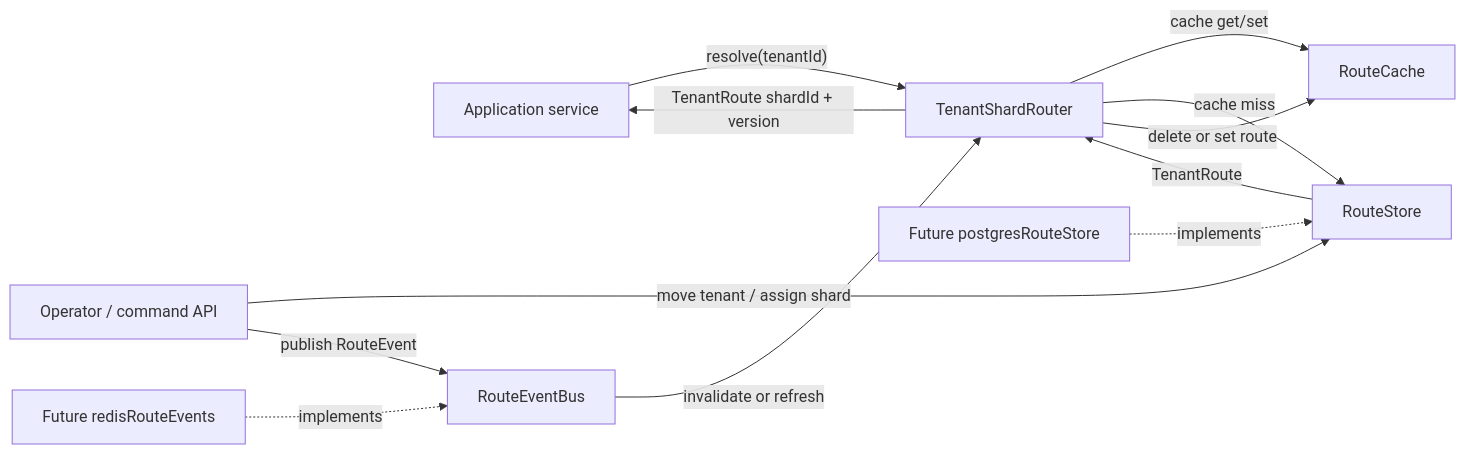
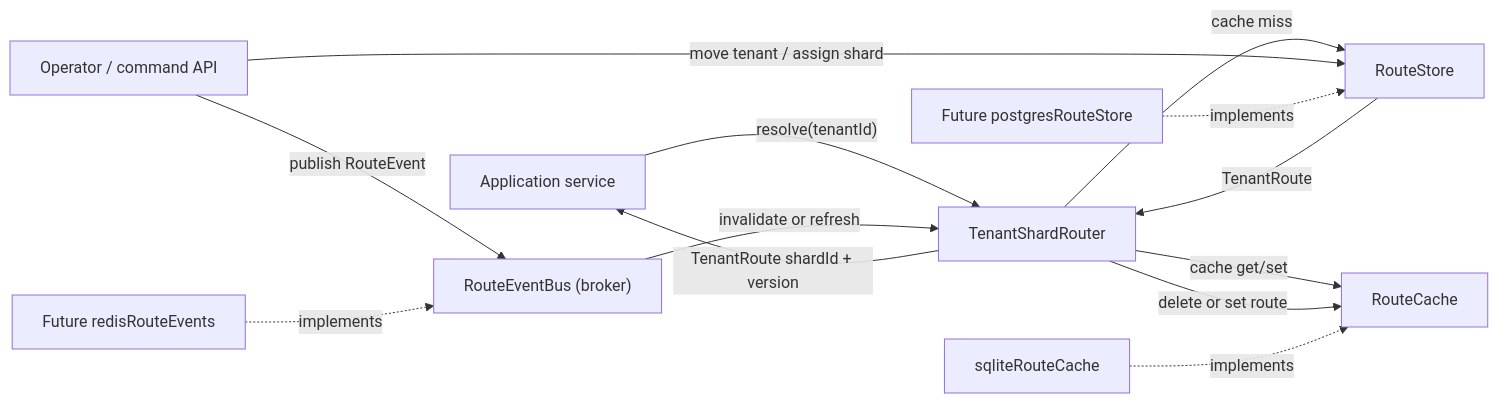
One commit to wei-yuuuu/tenant-router changed the diagram in README.md. Above: the diagram before and after it, drawn with Mermaid. The commit also changed other lines of this file and 3 other files, not shown here.

Commit message:
feat: add SQLite route cache

````diff
--- a/README.md
+++ b/README.md
@@ -13,16 +15,17 @@
 ```mermaid
 flowchart LR
   Service["Application service"] -->|"resolve(tenantId)"| Router["TenantShardRouter"]
   Router -->|"cache get/set"| Cache["RouteCache"]
   Router -->|"cache miss"| Store["RouteStore"]
   Store -->|"TenantRoute"| Router
   Router -->|"TenantRoute shardId + version"| Service
 
   Operator["Operator / command API"] -->|"move tenant / assign shard"| Store
-  Operator -->|"publish RouteEvent"| Events["RouteEventBus"]
+  Operator -->|"publish RouteEvent"| Events["RouteEventBus (broker)"]
   Events -->|"invalidate or refresh"| Router
   Router -->|"delete or set route"| Cache
 
   Postgres["Future postgresRouteStore"] -. implements .-> Store
   Redis["Future redisRouteEvents"] -. implements .-> Events
+  Sqlite["sqliteRouteCache"] -. implements .-> Cache
 ```
````
